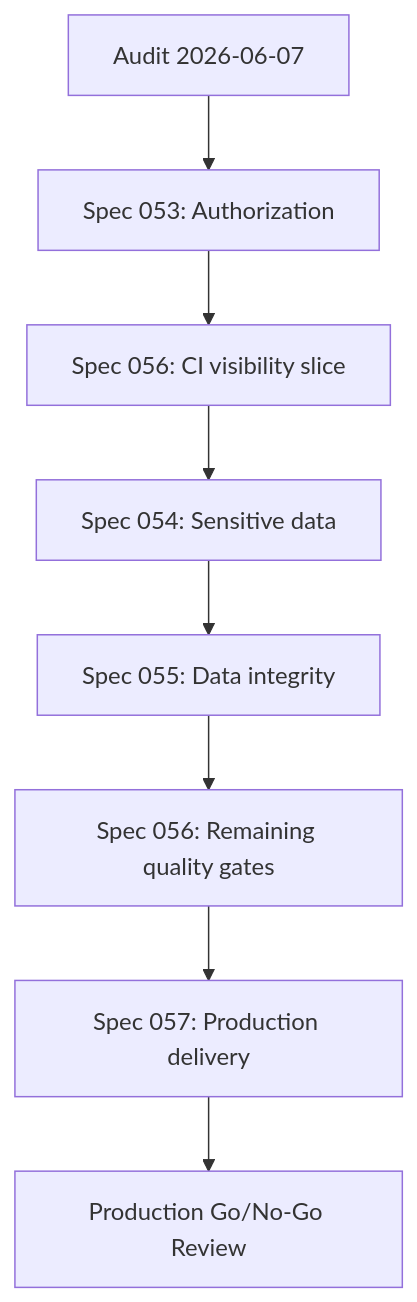
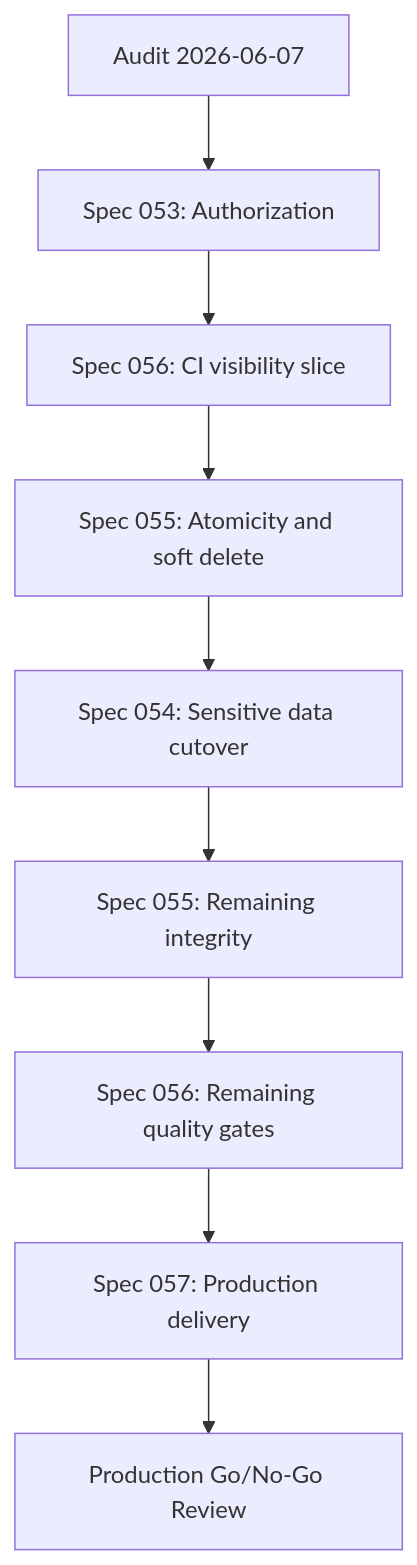
Before and after one commit to SalehOsman/Tempot: the diagram in docs/project-analysis/2026-06-07/remediation-program.md, drawn with Mermaid. The commit also changed other lines of this file and 12 other files, not shown here.

````diff
--- a/docs/project-analysis/2026-06-07/remediation-program.md
+++ b/docs/project-analysis/2026-06-07/remediation-program.md
@@ -78,10 +83,11 @@
 ```mermaid
 flowchart TD
     A["Audit 2026-06-07"] --> S53["Spec 053: Authorization"]
     S53 --> QF["Spec 056: CI visibility slice"]
-    QF --> S54["Spec 054: Sensitive data"]
-    S54 --> S55["Spec 055: Data integrity"]
-    S55 --> QR["Spec 056: Remaining quality gates"]
+    QF --> S55F["Spec 055: Atomicity and soft delete"]
+    S55F --> S54["Spec 054: Sensitive data cutover"]
+    S54 --> S55R["Spec 055: Remaining integrity"]
+    S55R --> QR["Spec 056: Remaining quality gates"]
     QR --> S57["Spec 057: Production delivery"]
     S57 --> G["Production Go/No-Go Review"]
 ```
````
